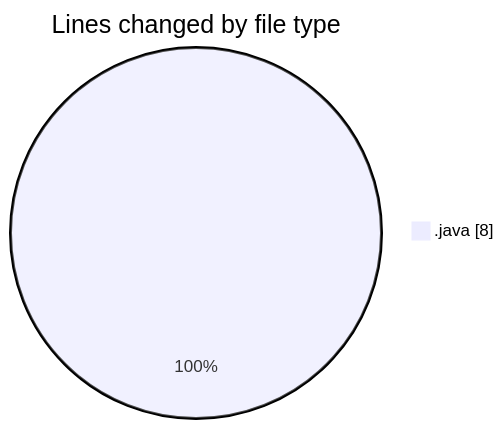
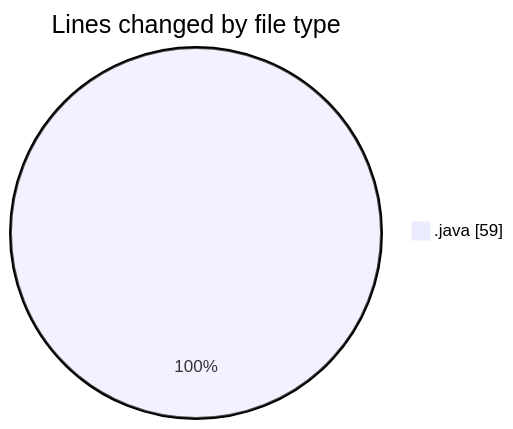
The first of 2 diagrams in 2025-02-11/optional_codings/README.md (NitaiMahat/code-tracking), drawn with Mermaid before and after one commit. The commit also changed other lines of this file and 1 other file, not shown here.

````diff
--- a/2025-02-11/optional_codings/README.md
+++ b/2025-02-11/optional_codings/README.md
@@ -20,5 +20,5 @@
 ```mermaid
 pie showData
 title Lines changed by file type
-".java" : 8
+".java" : 59
 ```
````
